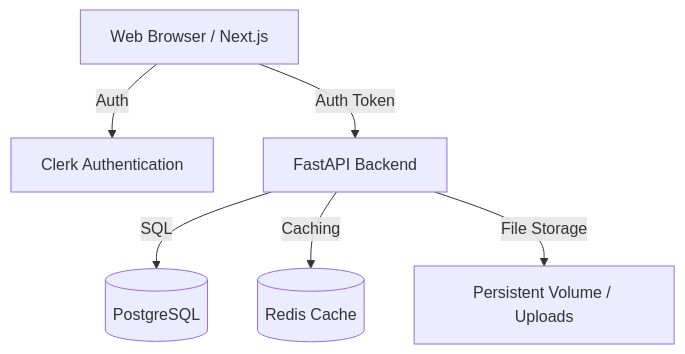
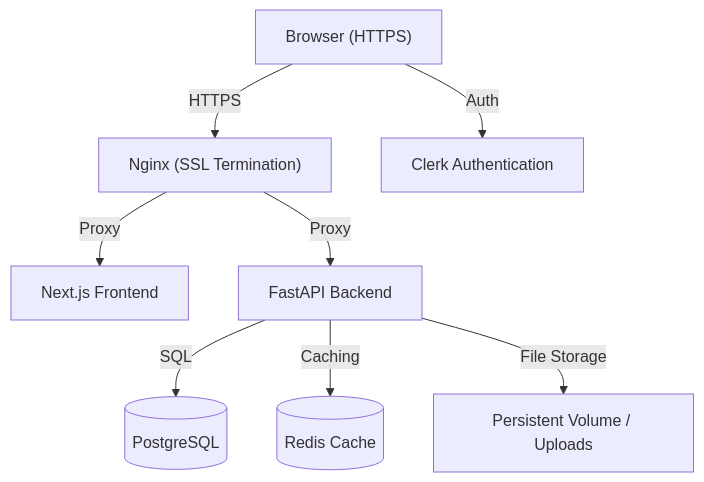
The first of 3 diagrams in docs/architecture.md (cha0jun/leavey), drawn with Mermaid before and after one commit. The commit also changed other lines of this file and 2 other files, not shown here.

````diff
--- a/docs/architecture.md
+++ b/docs/architecture.md
@@ -9,15 +9,19 @@
 ```mermaid
 graph TD
-    Client[Web Browser / Next.js]
+    Client["Browser (HTTPS)"]
+    Nginx["Nginx (SSL Termination)"]
     Auth[Clerk Authentication]
+    Frontend[Next.js Frontend]
     API[FastAPI Backend]
     DB[(PostgreSQL)]
     Redis[(Redis Cache)]
     Storage[Persistent Volume / Uploads]
 
-    Client -- Auth Token --> API
+    Client -- HTTPS --> Nginx
+    Nginx -- Proxy --> Frontend
+    Nginx -- Proxy --> API
     Client -- Auth --> Auth
     API -- SQL --> DB
     API -- Caching --> Redis
     API -- File Storage --> Storage
 ```
````
